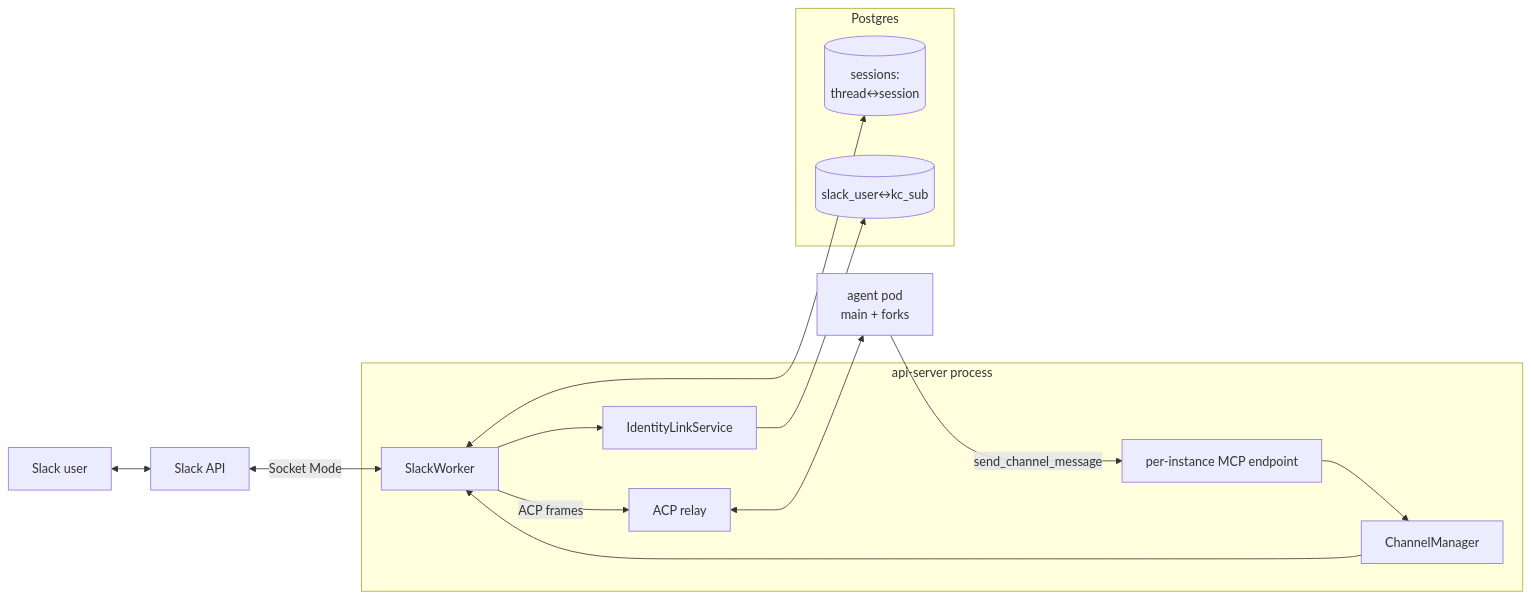
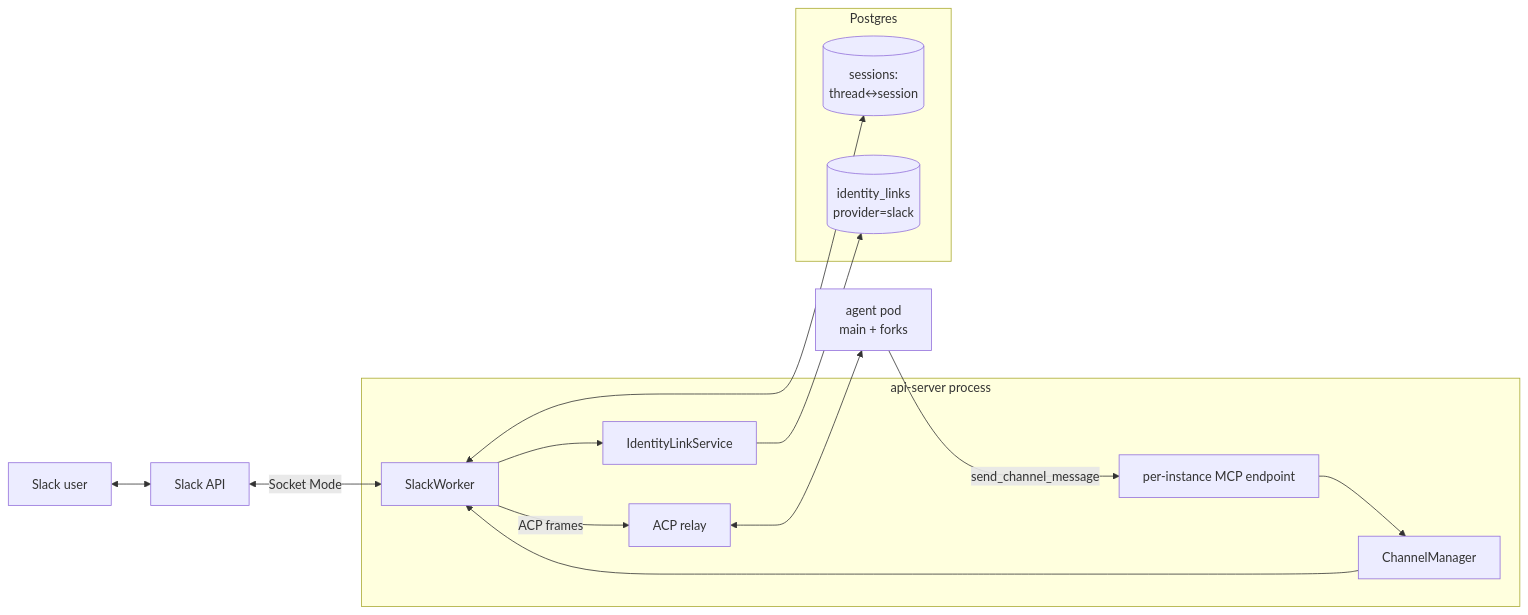
One commit to kagenti/humr changed the first of 4 diagrams in docs/architecture/channels.md. Above: the diagram before and after it, drawn with Mermaid. The commit also changed other lines of this file and 4 other files, not shown here.

First line of the commit message:
docs: fix drift between architecture pages, ADRs, and code

````diff
--- a/docs/architecture/channels.md
+++ b/docs/architecture/channels.md
@@ -36,31 +36,31 @@
 ```mermaid
 flowchart LR
   SU[Slack user]
   SAPI[Slack API]
 
   subgraph api-server[api-server process]
     CM[ChannelManager]
     SW[SlackWorker]
     IL[IdentityLinkService]
     MCP[per-instance MCP endpoint]
     REL[ACP relay]
   end
 
   subgraph DB[Postgres]
     SES[(sessions:<br/>thread↔session)]
-    LNK[(slack_user↔kc_sub)]
+    LNK[(identity_links<br/>provider=slack)]
   end
 
   POD[agent pod<br/>main + forks]
 
   SU <--> SAPI
   SAPI <-- Socket Mode --> SW
   CM --> SW
   SW --> IL
   IL --> LNK
   SW <--> SES
   SW -- ACP frames --> REL
   REL <--> POD
   POD -- send_channel_message --> MCP
   MCP --> CM
 ```
````
